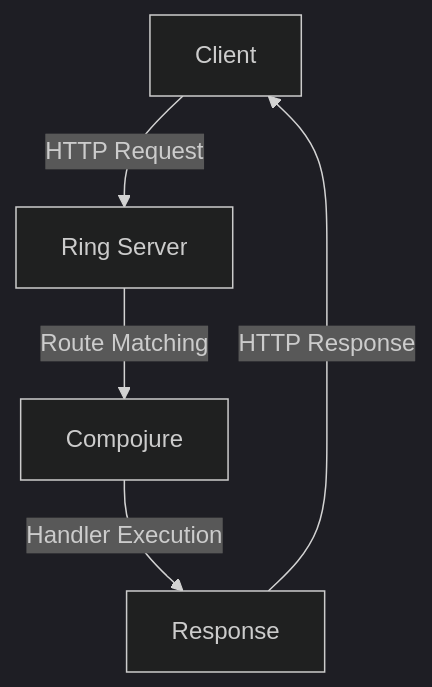
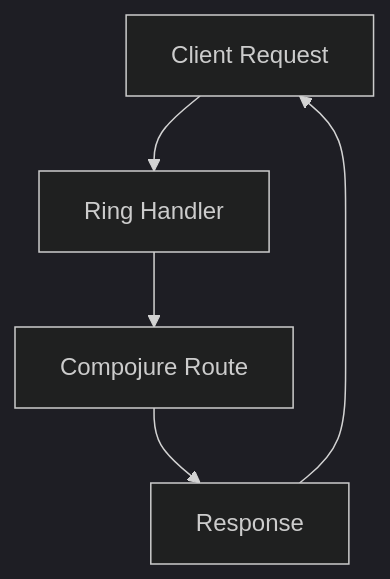
The diagram in content/3/21/3/index.md (MasteryEducation/ClojureForJava.com), drawn with Mermaid (dark theme) before and after one commit. The commit also changed other lines of this file and 74 other files, not shown here.

````diff
--- a/content/3/21/3/index.md
+++ b/content/3/21/3/index.md
@@ -127,7 +165,7 @@
 ```mermaid
 graph TD;
-    A[Client] -->|HTTP Request| B[Ring Server];
-    B -->|Route Matching| C[Compojure];
-    C -->|Handler Execution| D[Response];
-    D -->|HTTP Response| A;
+    A[Client Request] --> B[Ring Handler]
+    B --> C[Compojure Route]
+    C --> D[Response]
+    D --> A
 ```
````
